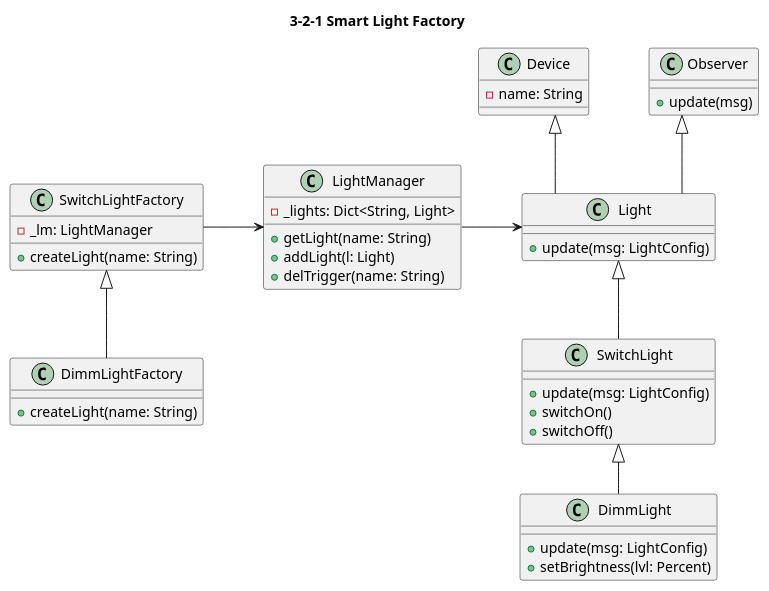
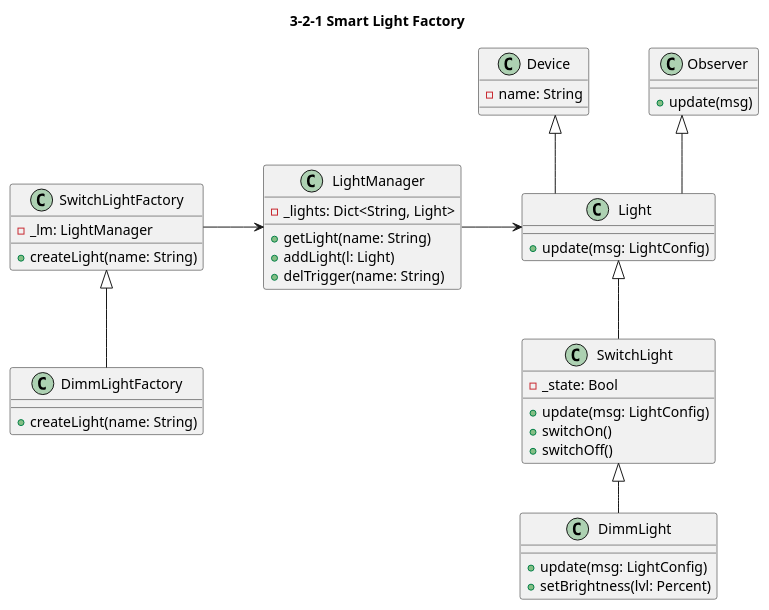
The diagram in Assignment/HW3/submission/hw321_factory.pu (khanhln2907/Software_Architecture), drawn with PlantUML before and after one commit.

Commit message:
finish 321 pu

```diff
--- a/Assignment/HW3/submission/hw321_factory.pu
+++ b/Assignment/HW3/submission/hw321_factory.pu
@@ -1,77 +1,78 @@
 @startuml
 ' Settings
 ' ============================
 
 ' use +,#,- instead of icons
 'skinparam classAttributeIconSize 0
 
 ' horizontal distance in px
 skinparam nodesep 60 
 
 ' vertical distance in px
 skinparam ranksep 50
 
 ' use only straight lines (ortho/polyline)
 skinparam linetype ortho
 
 ' title
 title 3-2-1 Smart Light Factory
 
 
 
 ' Abstract Classes
 ' ============================
 class Light{
     +update(msg: LightConfig)
 }
 
 class Observer{
     +update(msg)
 }
 
 class Device{
     -name: String
 }
 
 ' Concrete Classes
 ' ============================
 class LightManager{
     -_lights: Dict<String, Light> 
     +getLight(name: String)
     +addLight(l: Light)
     +delTrigger(name: String)
 }
 
 class SwitchLight{
+    -_state: Bool
     +update(msg: LightConfig)
     +switchOn()
     +switchOff()
 }
 
 class DimmLight{
     +update(msg: LightConfig)
     +setBrightness(lvl: Percent)
 }
 
 class SwitchLightFactory{
     -_lm: LightManager 
     +createLight(name: String)
 }
 
 class DimmLightFactory{
     +createLight(name: String)
 }
 
 
 ' Relations
 ' ================================
 DimmLightFactory -u-|> SwitchLightFactory
 SwitchLightFactory -r-> LightManager
 LightManager -r-> Light
 Light -u-|> Observer
 Light -u-|> Device
 SwitchLight -u-|> Light
 DimmLight -u-|> SwitchLight
 
 
 @enduml
```
